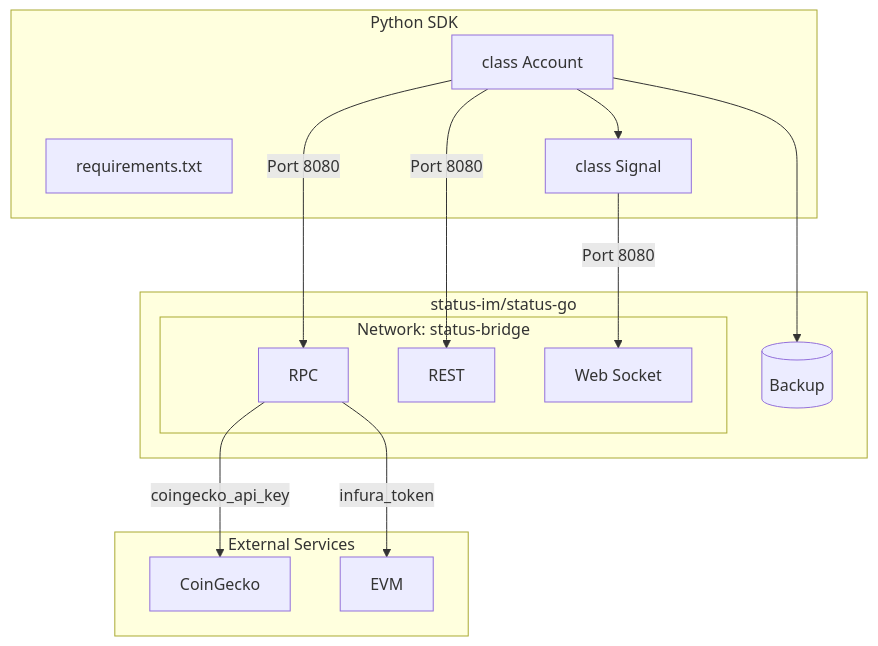
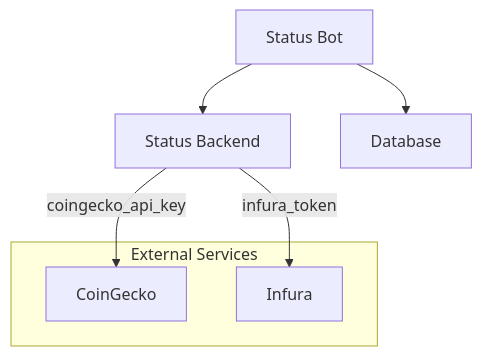
Before and after one commit to status-im/status-bot: the diagram in docs/overview.md, drawn with Mermaid. The commit also changed other lines of this file and 53 other files, not shown here.

````diff
--- a/docs/overview.md
+++ b/docs/overview.md
@@ -15,31 +7,16 @@
 ```mermaid
 graph TB
-   subgraph backend[status-im/status-go]
-       subgraph Endpoints[Network: status-bridge]
-           RPC[RPC]
-           HTTP[REST]
-           SOCKET[Web Socket]
-       end
-       Vol[(Backup)]
-   end
 
-
-   subgraph bot[Python SDK]
-        REQUIREMENTS[requirements.txt]
-        SDK[class Account]
-        SIGNAL[class Signal]
+   BACKEND[Status Backend]
+   BOT[Status Bot]
+   DB[Database]
+   subgraph external[External Services]
+        COINGECKO[CoinGecko]
+        INFURA[Infura]
     end
 
-    subgraph external[External Services]
-        COINGECKO[CoinGecko]
-        EVM
-    end
-
-   SDK --> SIGNAL
-   SDK --> |Port 8080| RPC
-   SDK --> |Port 8080| HTTP
-   SIGNAL --> |Port 8080| SOCKET
-   SDK --> Vol
-   RPC --> |coingecko_api_key| COINGECKO
-   RPC --> |infura_token| EVM
+   BOT --> BACKEND
+   BACKEND --> |coingecko_api_key| COINGECKO
+   BACKEND --> |infura_token| INFURA
+   BOT --> DB
 ```
````
